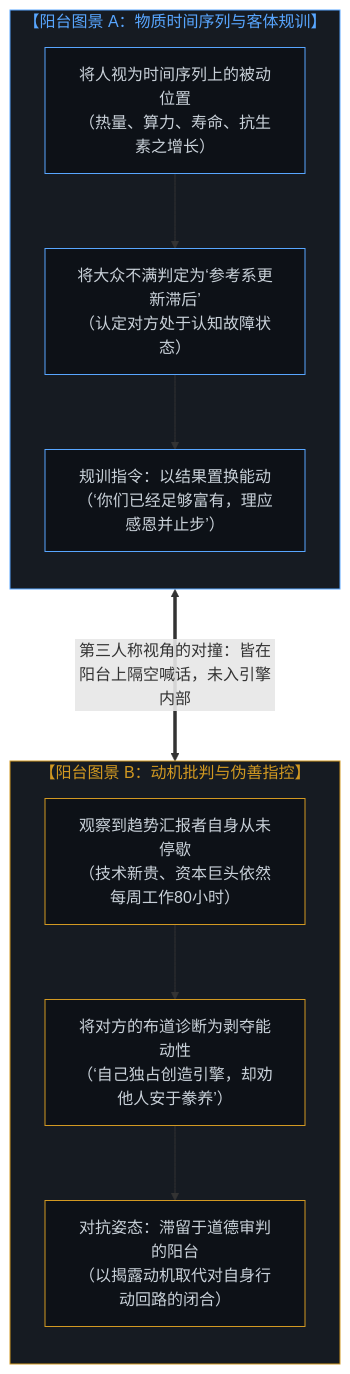
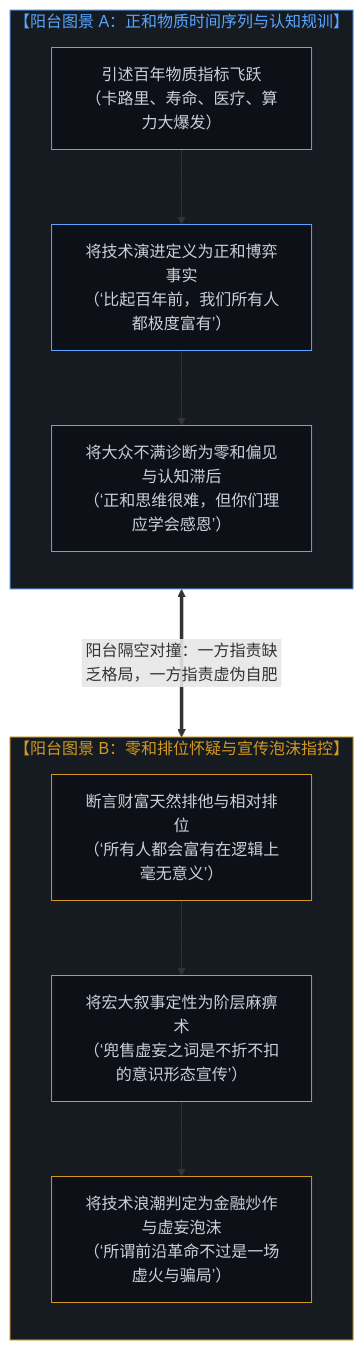
One commit to powerpig99/not-a-toe changed the first of 8 diagrams in content/posts/the-balcony-disciplinary-overstep-and-the-unproxyable-act.md. Above: the diagram before and after it, drawn with Mermaid. The commit also changed other lines of this file and 3 other files, not shown here.

````diff
--- a/content/posts/the-balcony-disciplinary-overstep-and-the-unproxyable-act.md
+++ b/content/posts/the-balcony-disciplinary-overstep-and-the-unproxyable-act.md
@@ -21,29 +19,29 @@
 ```mermaid
 graph TD
-    subgraph Balcony_A["【阳台图景 A：物质时间序列与客体规训】"]
+    subgraph Balcony_A["【阳台图景 A：正和物质时间序列与认知规训】"]
         direction TB
-        A1["将人视为时间序列上的被动位置<br/>（热量、算力、寿命、抗生素之增长）"]
-        A2["将大众不满判定为‘参考系更新滞后’<br/>（认定对方处于认知故障状态）"]
-        A3["规训指令：以结果置换能动<br/>（‘你们已经足够富有，理应感恩并止步’）"]
+        A1["引述百年物质指标飞跃<br/>（卡路里、寿命、医疗、算力大爆发）"]
+        A2["将技术演进定义为正和博弈事实<br/>（‘比起百年前，我们所有人都极度富有’）"]
+        A3["将大众不满诊断为零和偏见与认知滞后<br/>（‘正和思维很难，但你们理应学会感恩’）"]
         A1 --> A2 --> A3
     end
 
-    subgraph Balcony_B["【阳台图景 B：动机批判与伪善指控】"]
+    subgraph Balcony_B["【阳台图景 B：零和排位怀疑与宣传泡沫指控】"]
         direction TB
-        B1["观察到趋势汇报者自身从未停歇<br/>（技术新贵、资本巨头依然每周工作80小时）"]
-        B2["将对方的布道诊断为剥夺能动性<br/>（‘自己独占创造引擎，却劝他人安于豢养’）"]
-        B3["对抗姿态：滞留于道德审判的阳台<br/>（以揭露动机取代对自身行动回路的闭合）"]
+        B1["断言财富天然排他与相对排位<br/>（‘所有人都会富有在逻辑上毫无意义’）"]
+        B2["将宏大叙事定性为阶层麻痹术<br/>（‘兜售虚妄之词是不折不扣的意识形态宣传’）"]
+        B3["将技术浪潮判定为金融炒作与虚妄泡沫<br/>（‘所谓前沿革命不过是一场虚火与骗局’）"]
         B1 --> B2 --> B3
     end
 
-    Balcony_A <===>|"第三人称视角的对撞：皆在阳台上隔空喊话，未入引擎内部"| Balcony_B
+    Balcony_A <===>|"阳台隔空对撞：一方指责缺乏格局，一方指责虚伪自肥"| Balcony_B
 
     style Balcony_A fill:#161b22,stroke:#58a6ff,stroke-width:1px,color:#58a6ff
     style Balcony_B fill:#161b22,stroke:#d29922,stroke-width:1px,color:#d29922
     style A1 fill:#0d1117,stroke:#58a6ff,stroke-width:1px,color:#c9d1d9
     style A2 fill:#0d1117,stroke:#58a6ff,stroke-width:1px,color:#c9d1d9
     style A3 fill:#0d1117,stroke:#58a6ff,stroke-width:1px,color:#c9d1d9
     style B1 fill:#0d1117,stroke:#d29922,stroke-width:1px,color:#c9d1d9
     style B2 fill:#0d1117,stroke:#d29922,stroke-width:1px,color:#c9d1d9
     style B3 fill:#0d1117,stroke:#d29922,stroke-width:1px,color:#c9d1d9
 ```
````
